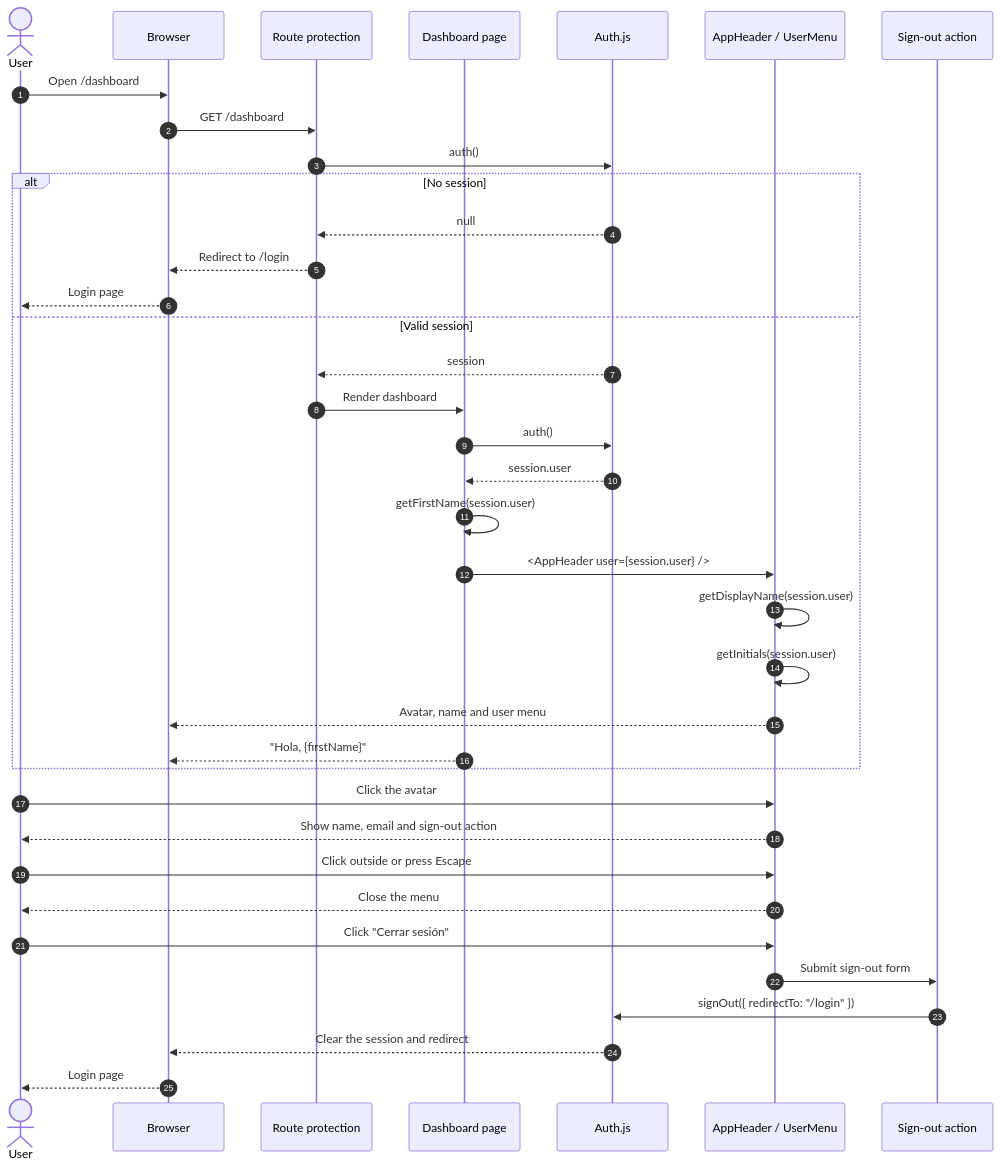
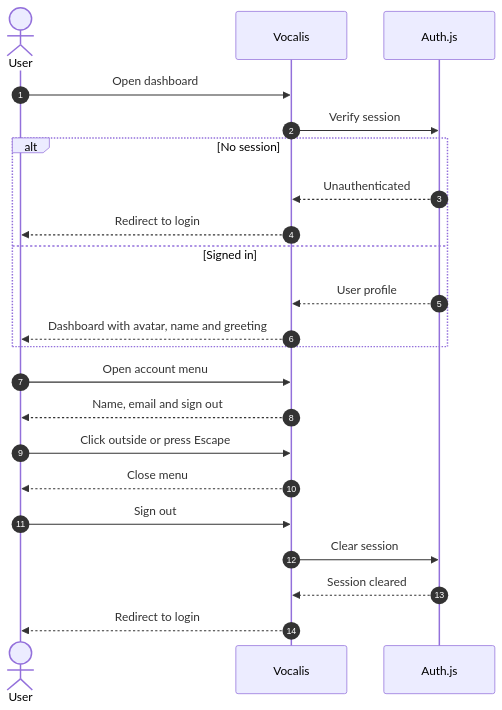
One commit to Isa-30a/Vocalis changed the diagram in docs/features/dashboard-header-user.md. Above: the diagram before and after it, drawn with Mermaid. The commit also changed other lines of this file, not shown here.

Commit message:
docs: simplify dashboard header flow diagram
Keep the sequence diagram at the feature level instead of showing internal components and helper calls.

````diff
--- a/docs/features/dashboard-header-user.md
+++ b/docs/features/dashboard-header-user.md
@@ -9,43 +8,29 @@
 ```mermaid
 sequenceDiagram
     autonumber
     actor User
-    participant Browser
-    participant Proxy as Route protection
-    participant Page as Dashboard page
+    participant App as Vocalis
     participant Auth as Auth.js
-    participant Header as AppHeader / UserMenu
-    participant Action as Sign-out action
 
-    User->>Browser: Open /dashboard
-    Browser->>Proxy: GET /dashboard
-    Proxy->>Auth: auth()
+    User->>App: Open dashboard
+    App->>Auth: Verify session
 
     alt No session
-        Auth-->>Proxy: null
-        Proxy-->>Browser: Redirect to /login
-        Browser-->>User: Login page
-    else Valid session
-        Auth-->>Proxy: session
-        Proxy->>Page: Render dashboard
-        Page->>Auth: auth()
-        Auth-->>Page: session.user
-        Page->>Page: getFirstName(session.user)
-        Page->>Header: <AppHeader user={session.user} />
-        Header->>Header: getDisplayName(session.user)
-        Header->>Header: getInitials(session.user)
-        Header-->>Browser: Avatar, name and user menu
-        Page-->>Browser: "Hola, {firstName}"
+        Auth-->>App: Unauthenticated
+        App-->>User: Redirect to login
+    else Signed in
+        Auth-->>App: User profile
+        App-->>User: Dashboard with avatar, name and greeting
     end
 
-    User->>Header: Click the avatar
-    Header-->>User: Show name, email and sign-out action
-    User->>Header: Click outside or press Escape
-    Header-->>User: Close the menu
+    User->>App: Open account menu
+    App-->>User: Name, email and sign out
 
-    User->>Header: Click "Cerrar sesión"
-    Header->>Action: Submit sign-out form
-    Action->>Auth: signOut({ redirectTo: "/login" })
-    Auth-->>Browser: Clear the session and redirect
-    Browser-->>User: Login page
+    User->>App: Click outside or press Escape
+    App-->>User: Close menu
+
+    User->>App: Sign out
+    App->>Auth: Clear session
+    Auth-->>App: Session cleared
+    App-->>User: Redirect to login
 ```
````
